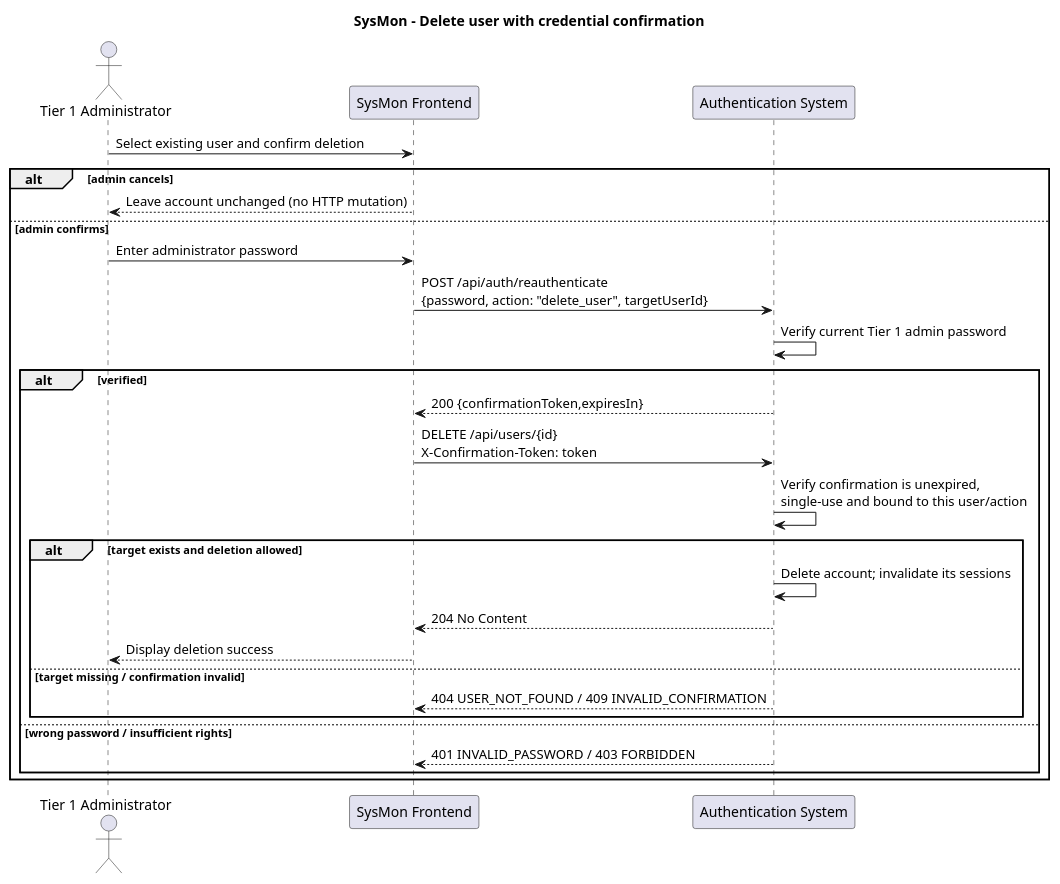
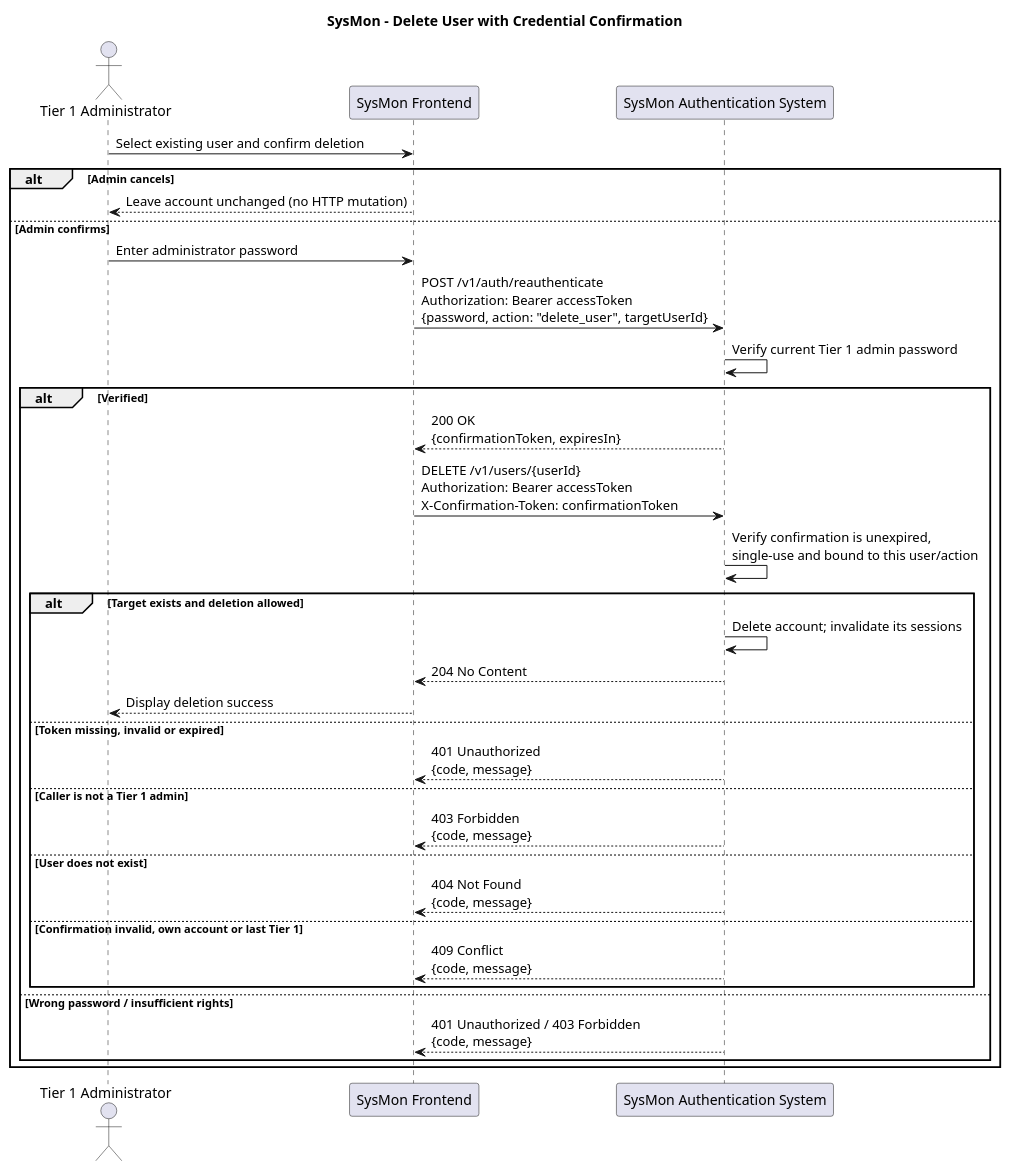
The diagram in Task3/sequence_diagrams/src/03_delete_user.puml (hriday111/SysMon), drawn with PlantUML before and after one commit. The commit also changed 16 other files, not shown here.

```diff
--- a/Task3/sequence_diagrams/src/03_delete_user.puml
+++ b/Task3/sequence_diagrams/src/03_delete_user.puml
@@ -1,28 +1,40 @@
-@startuml 
- title SysMon - Delete user with credential confirmation
- actor "Tier 1 Administrator" as A
- participant "SysMon Frontend" as FE
- participant "Authentication System" as AUTH
- A -> FE: Select existing user and confirm deletion
- alt admin cancels
-   FE --> A: Leave account unchanged (no HTTP mutation)
- else admin confirms
-   A -> FE: Enter administrator password
-   FE -> AUTH: POST /api/auth/reauthenticate\n{password, action: "delete_user", targetUserId}
-   AUTH -> AUTH: Verify current Tier 1 admin password
-   alt verified
-     AUTH --> FE: 200 {confirmationToken,expiresIn}
-     FE -> AUTH: DELETE /api/users/{id}\nX-Confirmation-Token: token
-     AUTH -> AUTH: Verify confirmation is unexpired,\nsingle-use and bound to this user/action
-     alt target exists and deletion allowed
-       AUTH -> AUTH: Delete account; invalidate its sessions
-       AUTH --> FE: 204 No Content
-       FE --> A: Display deletion success
-     else target missing / confirmation invalid
-       AUTH --> FE: 404 USER_NOT_FOUND / 409 INVALID_CONFIRMATION
-     end
-   else wrong password / insufficient rights
-     AUTH --> FE: 401 INVALID_PASSWORD / 403 FORBIDDEN
-   end
- end
+@startuml
+title SysMon - Delete User with Credential Confirmation
+
+actor "Tier 1 Administrator" as A
+participant "SysMon Frontend" as FE
+participant "SysMon Authentication System" as AUTH
+
+A -> FE : Select existing user and confirm deletion
+
+alt Admin cancels
+  FE --> A : Leave account unchanged (no HTTP mutation)
+else Admin confirms
+  A -> FE : Enter administrator password
+  FE -> AUTH : POST /v1/auth/reauthenticate\nAuthorization: Bearer accessToken\n{password, action: "delete_user", targetUserId}
+  AUTH -> AUTH : Verify current Tier 1 admin password
+
+  alt Verified
+    AUTH --> FE : 200 OK\n{confirmationToken, expiresIn}
+    FE -> AUTH : DELETE /v1/users/{userId}\nAuthorization: Bearer accessToken\nX-Confirmation-Token: confirmationToken
+    AUTH -> AUTH : Verify confirmation is unexpired,\nsingle-use and bound to this user/action
+
+    alt Target exists and deletion allowed
+      AUTH -> AUTH : Delete account; invalidate its sessions
+      AUTH --> FE : 204 No Content
+      FE --> A : Display deletion success
+    else Token missing, invalid or expired
+      AUTH --> FE : 401 Unauthorized\n{code, message}
+    else Caller is not a Tier 1 admin
+      AUTH --> FE : 403 Forbidden\n{code, message}
+    else User does not exist
+      AUTH --> FE : 404 Not Found\n{code, message}
+    else Confirmation invalid, own account or last Tier 1
+      AUTH --> FE : 409 Conflict\n{code, message}
+    end
+  else Wrong password / insufficient rights
+    AUTH --> FE : 401 Unauthorized / 403 Forbidden\n{code, message}
+  end
+end
+
 @enduml
```
